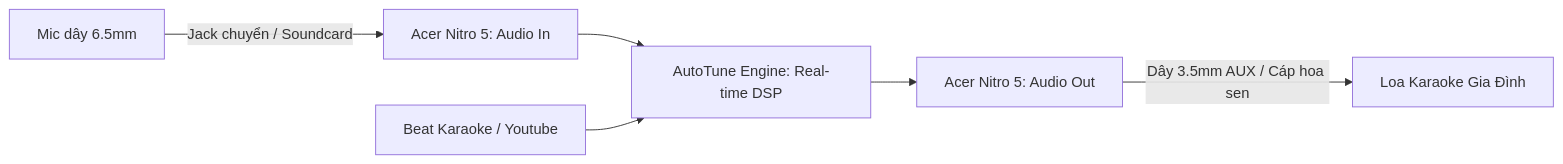
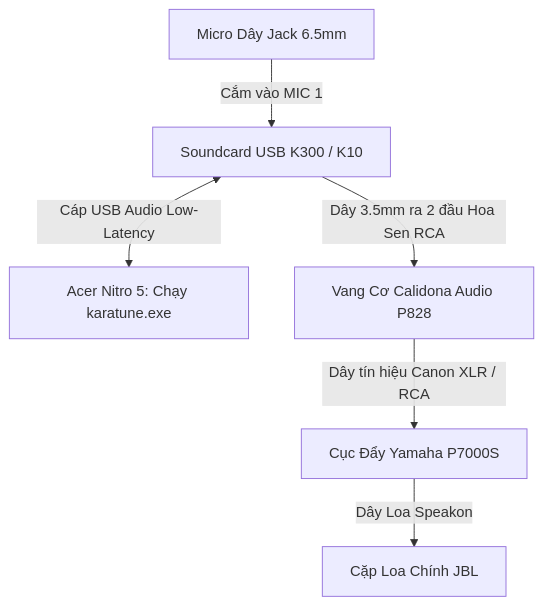
Before and after one commit to liliustwocout/AutoTune: the diagram in docs/README.md, drawn with Mermaid. The commit also changed other lines of this file and 2 other files, not shown here.

Commit message:
docs: Cap nhat so do dau noi thuc te voi Vang co Calidona P828, Cuc day Yamaha P7000S va Loa JBL

````diff
--- a/docs/README.md
+++ b/docs/README.md
@@ -32,8 +33,8 @@
 ```mermaid
-graph LR
-    Mic[Mic dây 6.5mm] -->|Jack chuyển / Soundcard| LapInput[Acer Nitro 5: Audio In]
-    LapInput --> Engine[AutoTune Engine: Real-time DSP]
-    MusicBeat[Beat Karaoke / Youtube] --> Engine
-    Engine --> LapOutput[Acer Nitro 5: Audio Out]
-    LapOutput -->|Dây 3.5mm AUX / Cáp hoa sen| Speaker[Loa Karaoke Gia Đình]
+graph TD
+    Mic[Micro Dây Jack 6.5mm] -->|Cắm vào MIC 1| Soundcard[Soundcard USB K300 / K10]
+    Soundcard <-->|Cáp USB Audio Low-Latency| Nitro5[Acer Nitro 5: Chạy karatune.exe]
+    Soundcard -->|Dây 3.5mm ra 2 đầu Hoa Sen RCA| VangCo[Vang Cơ Calidona Audio P828]
+    VangCo -->|Dây tín hiệu Canon XLR / RCA| CucDay[Cục Đẩy Yamaha P7000S]
+    CucDay -->|Dây Loa Speakon| LoaJBL[Cặp Loa Chính JBL]
 ```
````
